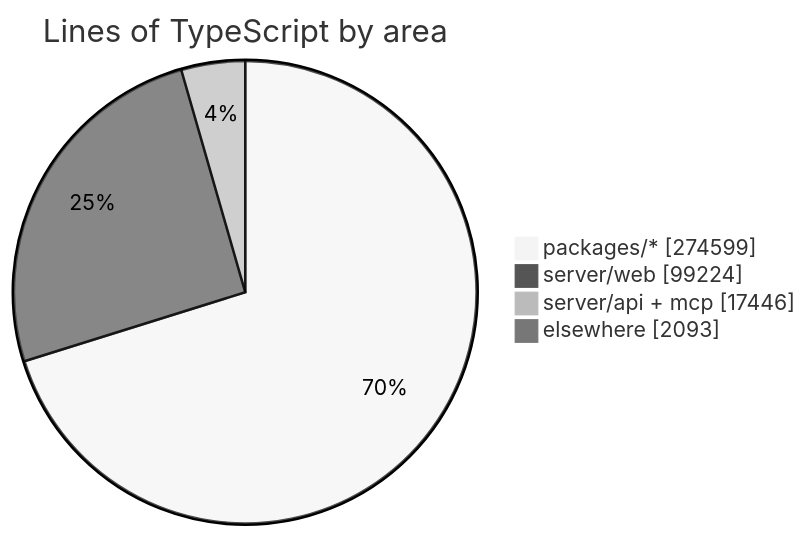
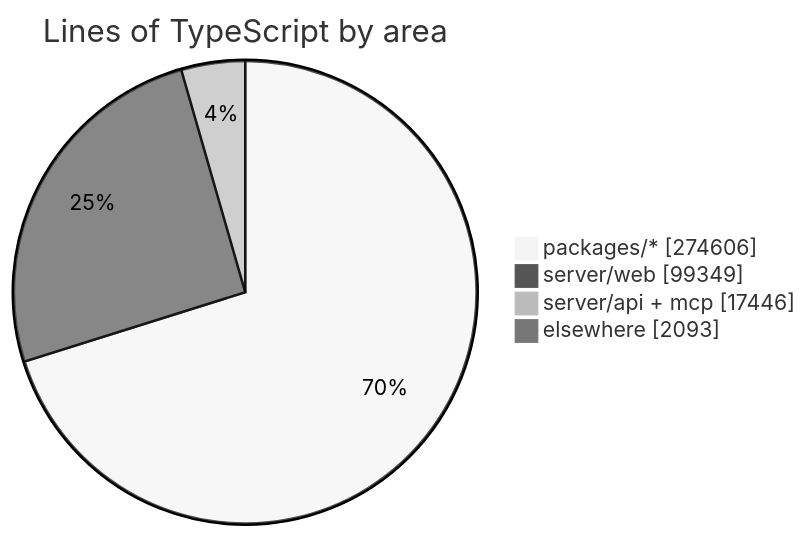
Before and after one commit to crossworks-engineering/mantle: the diagram in README.md, drawn with Mermaid (neutral theme). The commit also changed other lines of this file and 2 other files, not shown here.

````diff
--- a/README.md
+++ b/README.md
@@ -294,7 +294,7 @@
 ```mermaid
 pie showData title Lines of TypeScript by area
-    "packages/*" : 274599
-    "server/web" : 99224
+    "packages/*" : 274606
+    "server/web" : 99349
     "server/api + mcp" : 17446
     "elsewhere" : 2093
 ```
````
